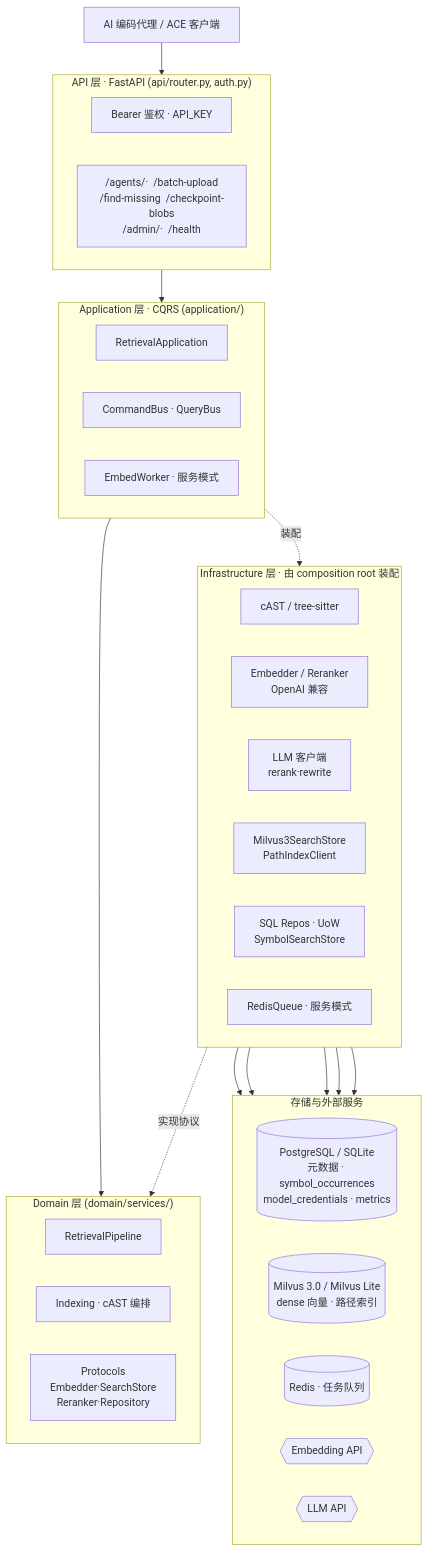
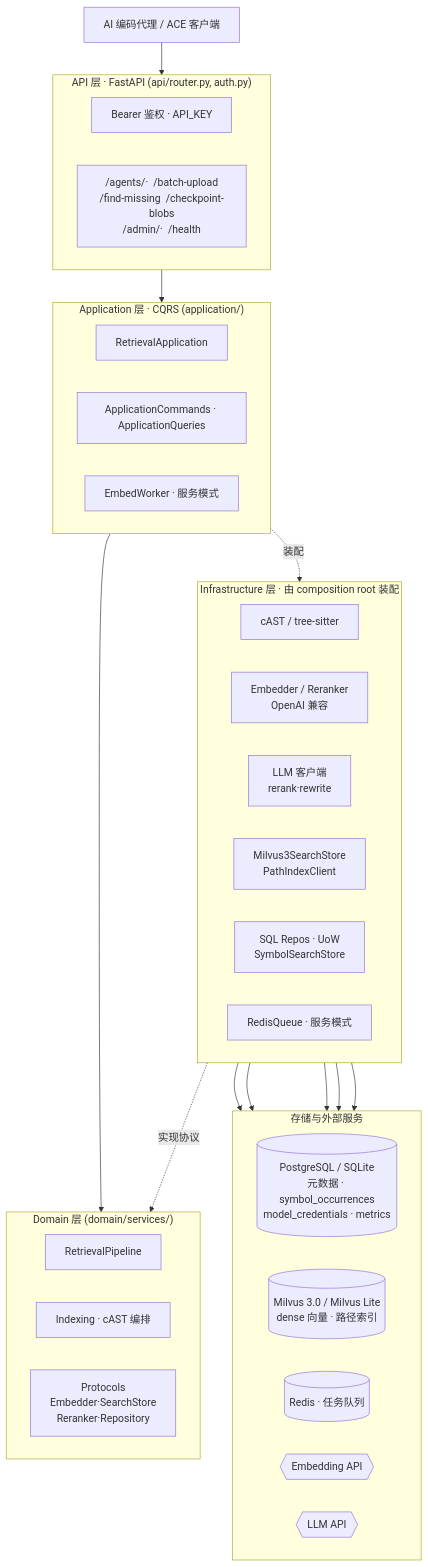
Before and after one commit to JasonEX/oce: the first of 2 diagrams in README.zh-CN.md, drawn with Mermaid. The commit also changed other lines of this file and 47 other files, not shown here.

````diff
--- a/README.zh-CN.md
+++ b/README.zh-CN.md
@@ -386,55 +388,55 @@
 ```mermaid
 flowchart TB
     Client["AI 编码代理 / ACE 客户端"]
 
     subgraph API["API 层 · FastAPI (api/router.py, auth.py)"]
         direction LR
         Auth["Bearer 鉴权 · API_KEY"]
         Endpoints["/agents/·  /batch-upload<br/>/find-missing  /checkpoint-blobs<br/>/admin/·  /health"]
     end
 
     subgraph APP["Application 层 · CQRS (application/)"]
         direction LR
         AppSvc["RetrievalApplication"]
-        Buses["CommandBus · QueryBus"]
+        UseCases["ApplicationCommands · ApplicationQueries"]
         Worker["EmbedWorker · 服务模式"]
     end
 
     subgraph DOMAIN["Domain 层 (domain/services/)"]
         direction LR
         Pipeline["RetrievalPipeline"]
         Indexing["Indexing · cAST 编排"]
         Proto["Protocols<br/>Embedder·SearchStore<br/>Reranker·Repository"]
     end
 
     subgraph INFRA["Infrastructure 层 · 由 composition root 装配"]
         direction LR
         Chunker["cAST / tree-sitter"]
         Embed["Embedder / Reranker<br/>OpenAI 兼容"]
         LLMC["LLM 客户端<br/>rerank·rewrite"]
         Vector["Milvus3SearchStore<br/>PathIndexClient"]
         Sql["SQL Repos · UoW<br/>SymbolSearchStore"]
         RedisQ["RedisQueue · 服务模式"]
     end
 
     subgraph STORE["存储与外部服务"]
         direction LR
         DB[("PostgreSQL / SQLite<br/>元数据 · symbol_occurrences<br/>model_credentials · metrics")]
         Milvus[("Milvus 3.0 / Milvus Lite<br/>dense 向量 · 路径索引")]
         Redis[("Redis · 任务队列")]
         EmbedAPI{{"Embedding API"}}
         LLMAPI{{"LLM API"}}
     end
 
     Client --> API
     API --> APP
     APP --> DOMAIN
     APP -. 装配 .-> INFRA
     INFRA -. 实现协议 .-> DOMAIN
 
     Embed --> EmbedAPI
     LLMC --> LLMAPI
     Vector --> Milvus
     Sql --> DB
     RedisQ --> Redis
 ```
````
